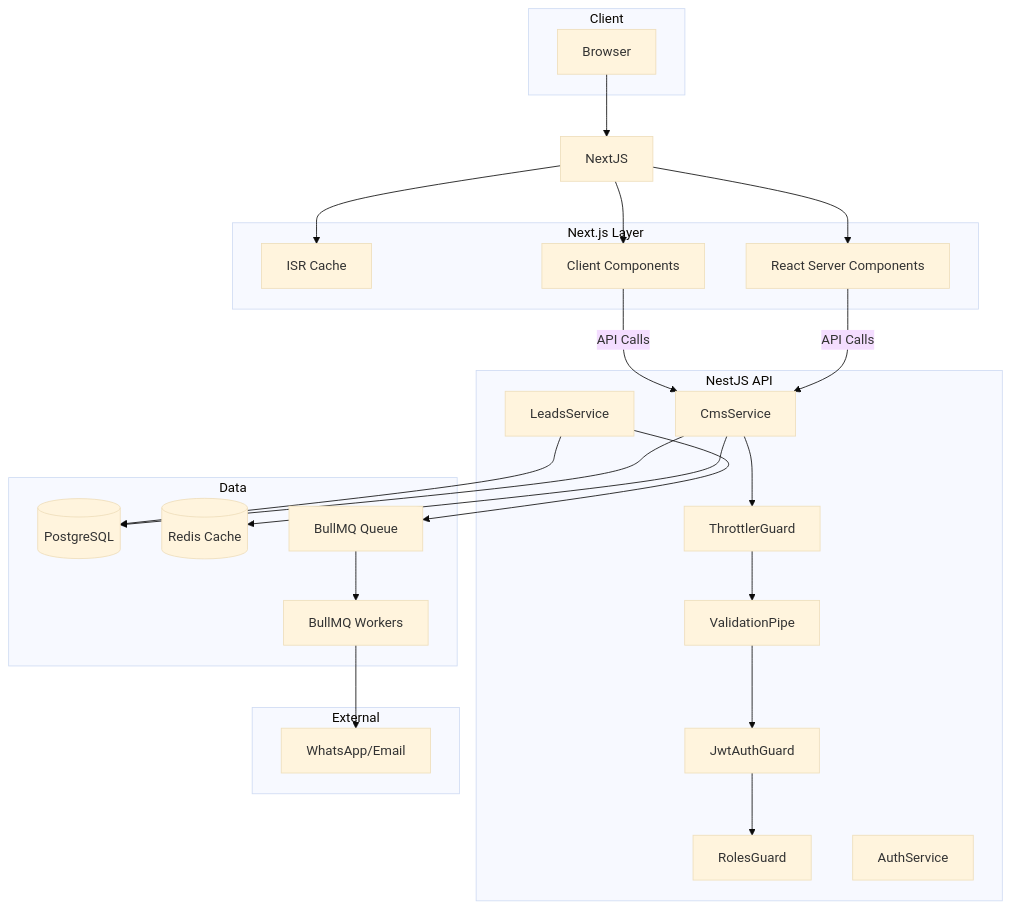
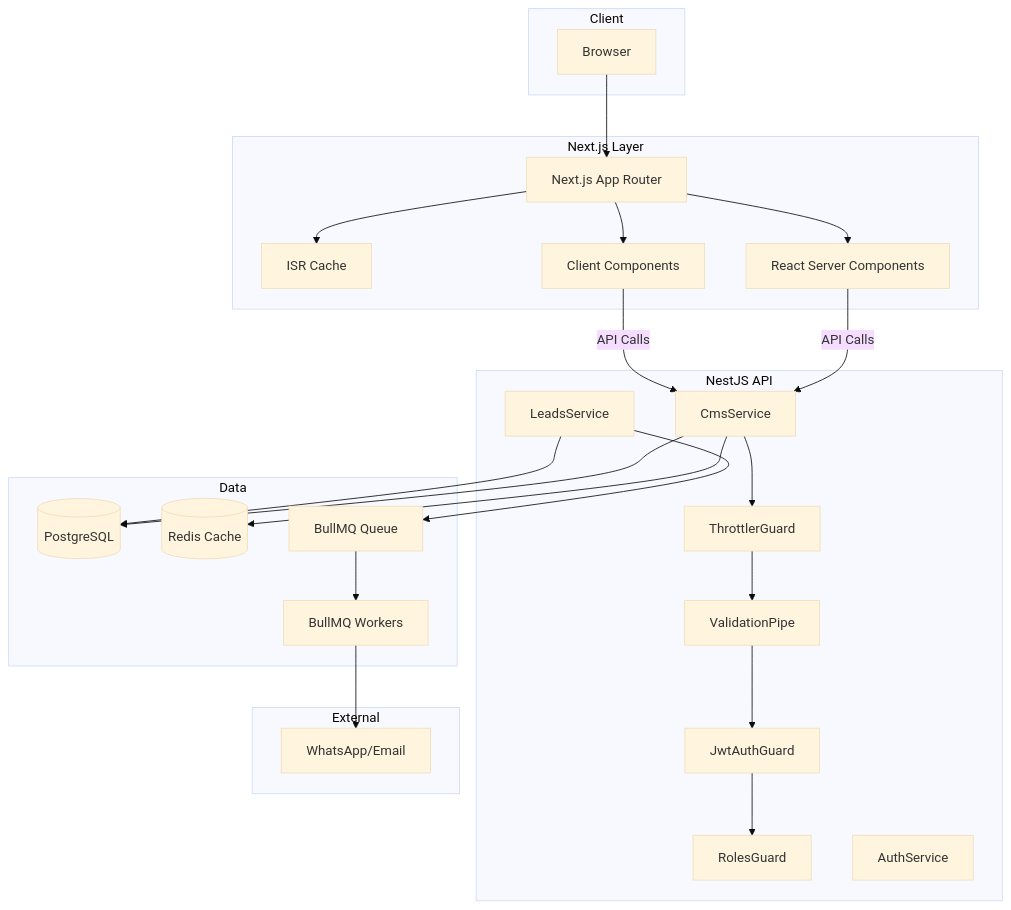
Before and after one commit to Developer-lokesh07/GymProject: diagram 20 of 20 in SSOT.md, drawn with Mermaid (base theme). The commit also changed other lines of this file and 1 other file, not shown here.

Commit message:
feat: initialize Prisma schema for multi-tenant architecture and update SSOT documentation for enterprise roadmap transition

````diff
--- a/SSOT.md
+++ b/SSOT.md
@@ -4205,50 +4205,51 @@
 ```mermaid
 flowchart TB
     subgraph "Client"
         B[Browser]
     end
     
     subgraph "Next.js Layer"
+        NextJS[Next.js App Router]
         ISR[ISR Cache]
         RSC[React Server Components]
         CSR[Client Components]
     end
     
     subgraph "NestJS API"
         G[ThrottlerGuard]
         V[ValidationPipe]
         J[JwtAuthGuard]
         R[RolesGuard]
         CMS[CmsService]
         LS[LeadsService]
         AS[AuthService]
     end
     
     subgraph "Data"
         PG[(PostgreSQL)]
         RC[(Redis Cache)]
         BQ[BullMQ Queue]
         W[BullMQ Workers]
     end
     
     subgraph "External"
         WA[WhatsApp/Email]
     end
     
     B --> NextJS
     NextJS --> ISR
     NextJS --> RSC
     NextJS --> CSR
     
     RSC -->|API Calls| CMS
     CSR -->|API Calls| CMS
     
     CMS --> G --> V --> J --> R
     CMS --> PG
     CMS --> RC
     
     LS --> PG
     LS --> BQ
     BQ --> W
     W --> WA
 ```
````
